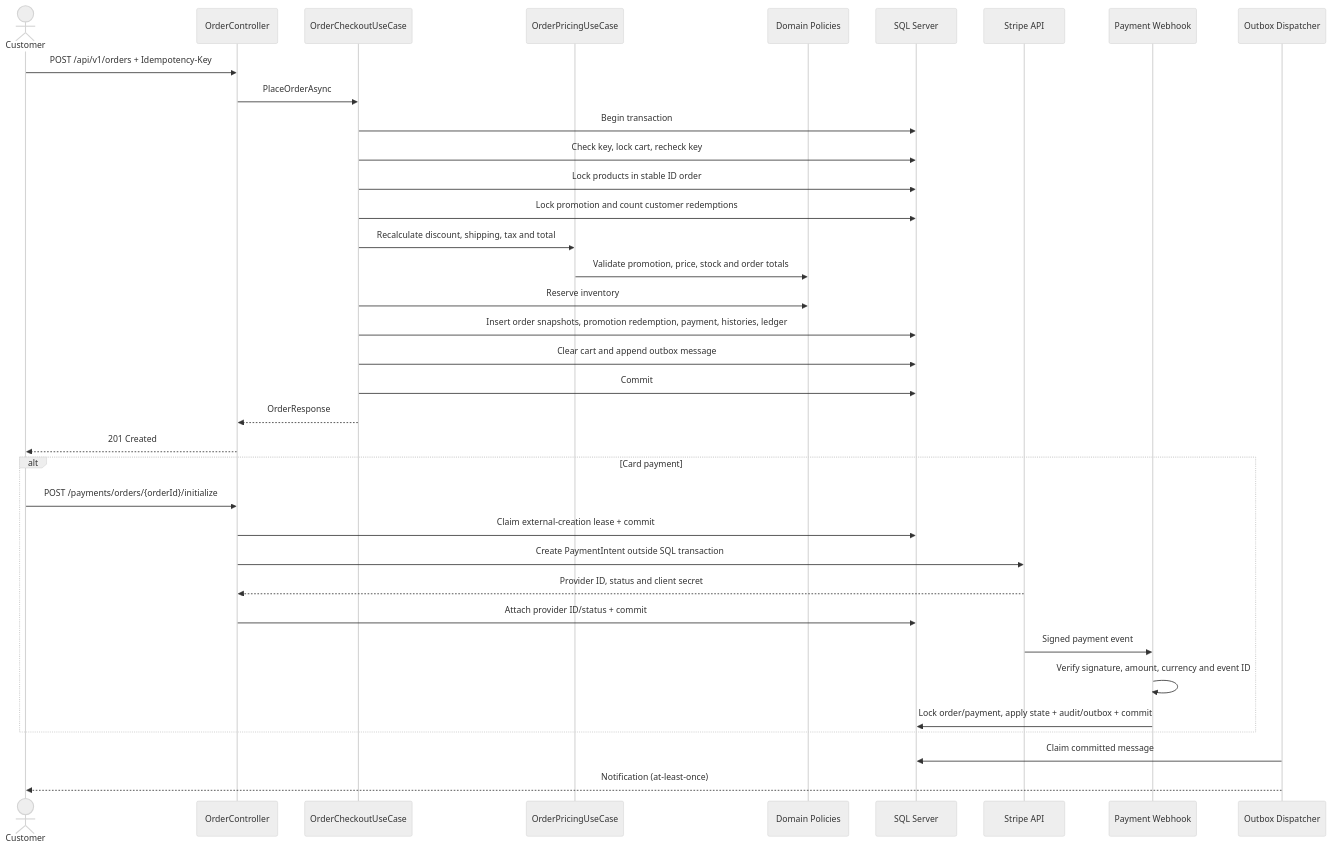
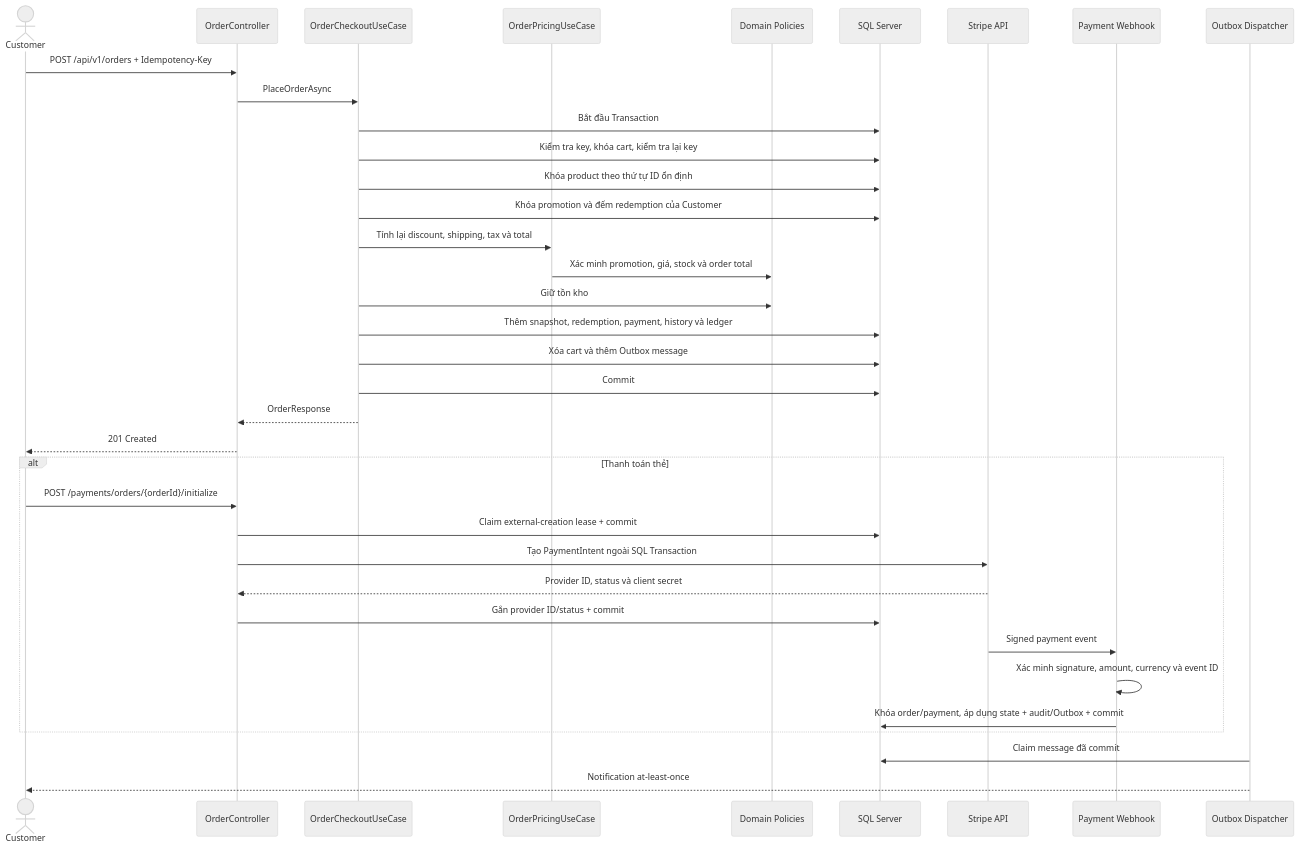
The second of 4 diagrams in docs/SEQUENCES.md (Giapnocap/ECommerceBackend), drawn with Mermaid (neutral theme) before and after one commit. The commit also changed other lines of this file and 10 other files, not shown here.

````diff
--- a/docs/SEQUENCES.md
+++ b/docs/SEQUENCES.md
@@ -34,39 +34,39 @@
 ```mermaid
 sequenceDiagram
     actor Customer
     participant API as OrderController
     participant Checkout as OrderCheckoutUseCase
     participant Pricing as OrderPricingUseCase
     participant Rules as Domain Policies
     participant DB as SQL Server
     participant Stripe as Stripe API
     participant Webhook as Payment Webhook
     participant Outbox as Outbox Dispatcher
 
     Customer->>API: POST /api/v1/orders + Idempotency-Key
     API->>Checkout: PlaceOrderAsync
-    Checkout->>DB: Begin transaction
-    Checkout->>DB: Check key, lock cart, recheck key
-    Checkout->>DB: Lock products in stable ID order
-    Checkout->>DB: Lock promotion and count customer redemptions
-    Checkout->>Pricing: Recalculate discount, shipping, tax and total
-    Pricing->>Rules: Validate promotion, price, stock and order totals
-    Checkout->>Rules: Reserve inventory
-    Checkout->>DB: Insert order snapshots, promotion redemption, payment, histories, ledger
-    Checkout->>DB: Clear cart and append outbox message
+    Checkout->>DB: Bắt đầu Transaction
+    Checkout->>DB: Kiểm tra key, khóa cart, kiểm tra lại key
+    Checkout->>DB: Khóa product theo thứ tự ID ổn định
+    Checkout->>DB: Khóa promotion và đếm redemption của Customer
+    Checkout->>Pricing: Tính lại discount, shipping, tax và total
+    Pricing->>Rules: Xác minh promotion, giá, stock và order total
+    Checkout->>Rules: Giữ tồn kho
+    Checkout->>DB: Thêm snapshot, redemption, payment, history và ledger
+    Checkout->>DB: Xóa cart và thêm Outbox message
     Checkout->>DB: Commit
     Checkout-->>API: OrderResponse
     API-->>Customer: 201 Created
-    alt Card payment
+    alt Thanh toán thẻ
         Customer->>API: POST /payments/orders/{orderId}/initialize
         API->>DB: Claim external-creation lease + commit
-        API->>Stripe: Create PaymentIntent outside SQL transaction
-        Stripe-->>API: Provider ID, status and client secret
-        API->>DB: Attach provider ID/status + commit
+        API->>Stripe: Tạo PaymentIntent ngoài SQL Transaction
+        Stripe-->>API: Provider ID, status và client secret
+        API->>DB: Gắn provider ID/status + commit
         Stripe->>Webhook: Signed payment event
-        Webhook->>Webhook: Verify signature, amount, currency and event ID
-        Webhook->>DB: Lock order/payment, apply state + audit/outbox + commit
+        Webhook->>Webhook: Xác minh signature, amount, currency và event ID
+        Webhook->>DB: Khóa order/payment, áp dụng state + audit/Outbox + commit
     end
-    Outbox->>DB: Claim committed message
-    Outbox-->>Customer: Notification (at-least-once)
+    Outbox->>DB: Claim message đã commit
+    Outbox-->>Customer: Notification at-least-once
 ```
````
